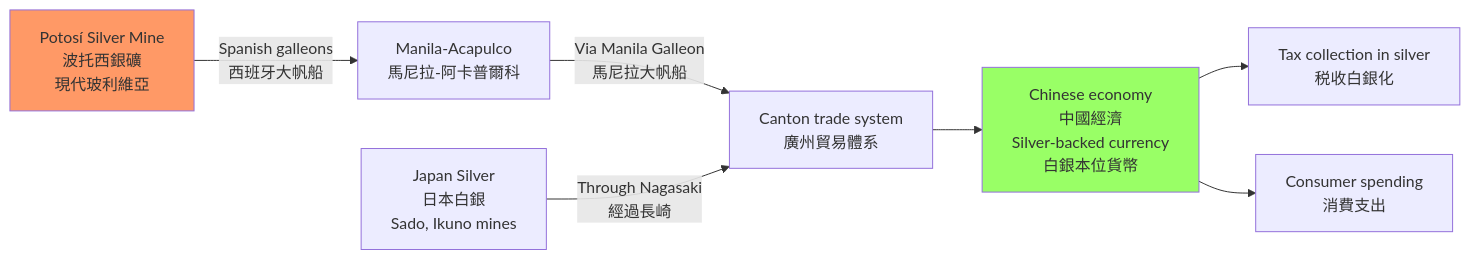
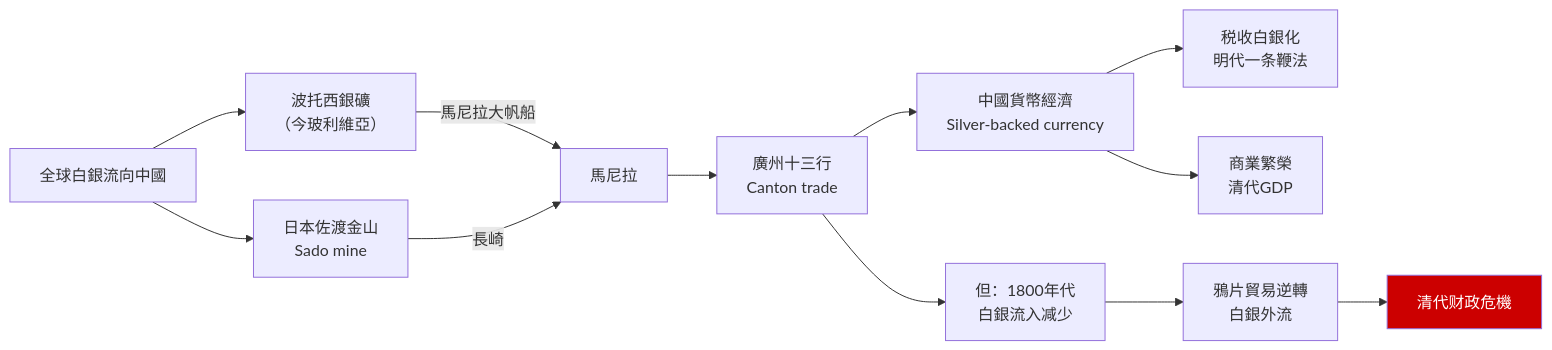
One commit to yip-lgtm/HKU-Harvard-History-Self-Study changed the second of 10 diagrams in 01_HKU_Courses/HIST2127_Qing_China_in_the_World.md. Above: the diagram before and after it, drawn with Mermaid. The commit also changed other lines of this file and 5 other files, not shown here.

````diff
--- a/01_HKU_Courses/HIST2127_Qing_China_in_the_World.md
+++ b/01_HKU_Courses/HIST2127_Qing_China_in_the_World.md
@@ -96,14 +224,20 @@
 ```mermaid
 graph LR
-    A[Potosí Silver Mine<br/>波托西銀礦<br/>現代玻利維亞] -->|Spanish galleons<br/>西班牙大帆船| B[Manila-Acapulco<br/>馬尼拉-阿卡普爾科]
-    B -->|Via Manila Galleon<br/>馬尼拉大帆船| C[Canton trade system<br/>廣州貿易體系]
+    A[全球白銀流向中國] --> B[波托西銀礦<br/>（今玻利維亞）]
+    A --> C[日本佐渡金山<br/>Sado mine]
     
-    D[Japan Silver<br/>日本白銀<br/>Sado, Ikuno mines] -->|Through Nagasaki<br/>經過長崎| C
+    B -->|馬尼拉大帆船| D[馬尼拉]
+    C -->|長崎| D
     
-    C --> E[Chinese economy<br/>中國經濟<br/>Silver-backed currency<br/>白銀本位貨幣]
-    E --> F[Tax collection in silver<br/>税收白銀化]
-    E --> G[Consumer spending<br/>消費支出]
+    D --> E[廣州十三行<br/>Canton trade]
     
-    style A fill:#f96
-    style E fill:#9f6
+    E --> F[中國貨幣經濟<br/>Silver-backed currency]
+    F --> G[税收白銀化<br/>明代一条鞭法]
+    F --> H[商業繁榮<br/>清代GDP]
+    
+    E --> I[但：1800年代<br/>白銀流入减少]
+    I --> J[鴉片貿易逆轉<br/>白銀外流]
+    J --> K[清代财政危機]
+    
+    style K fill:#c00,color:#fff
 ```
````
